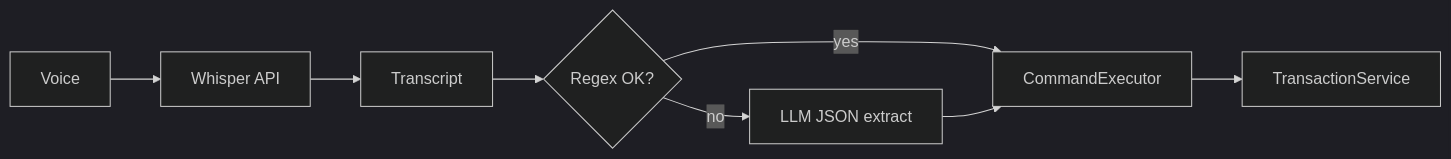
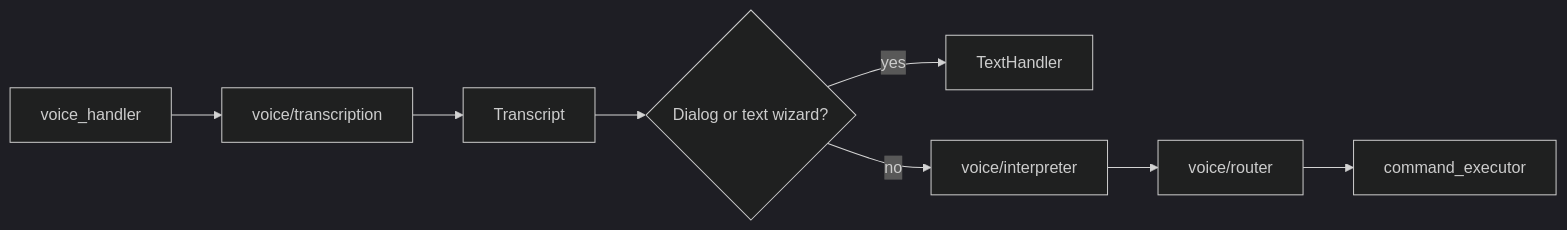
Before and after one commit to JustamanDev/finhub: the third of 3 diagrams in docs/agent/architecture.md, drawn with Mermaid (dark theme). The commit also changed other lines of this file and 3 other files, not shown here.

````diff
--- a/docs/agent/architecture.md
+++ b/docs/agent/architecture.md
@@ -75,10 +81,10 @@
 ```mermaid
 flowchart LR
-    V[Voice] --> W[Whisper API]
+    V[voice_handler] --> W[voice/transcription]
     W --> T[Transcript]
-    T --> R{Regex OK?}
-    R -->|yes| CE[CommandExecutor]
-    R -->|no| L[LLM JSON extract]
-    L --> CE
-    CE --> TS[TransactionService]
+    T --> D{Dialog or text wizard?}
+    D -->|yes| TH[TextHandler]
+    D -->|no| I[voice/interpreter]
+    I --> R[voice/router]
+    R --> CE[command_executor]
 ```
````
